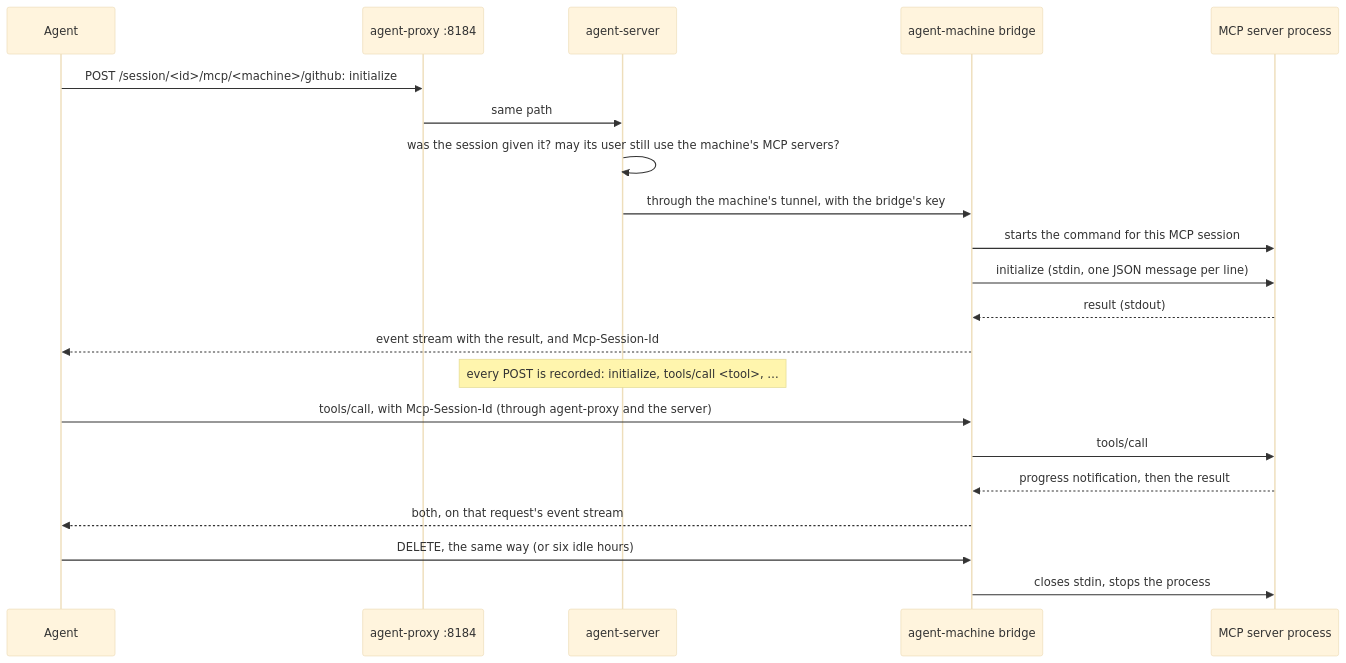
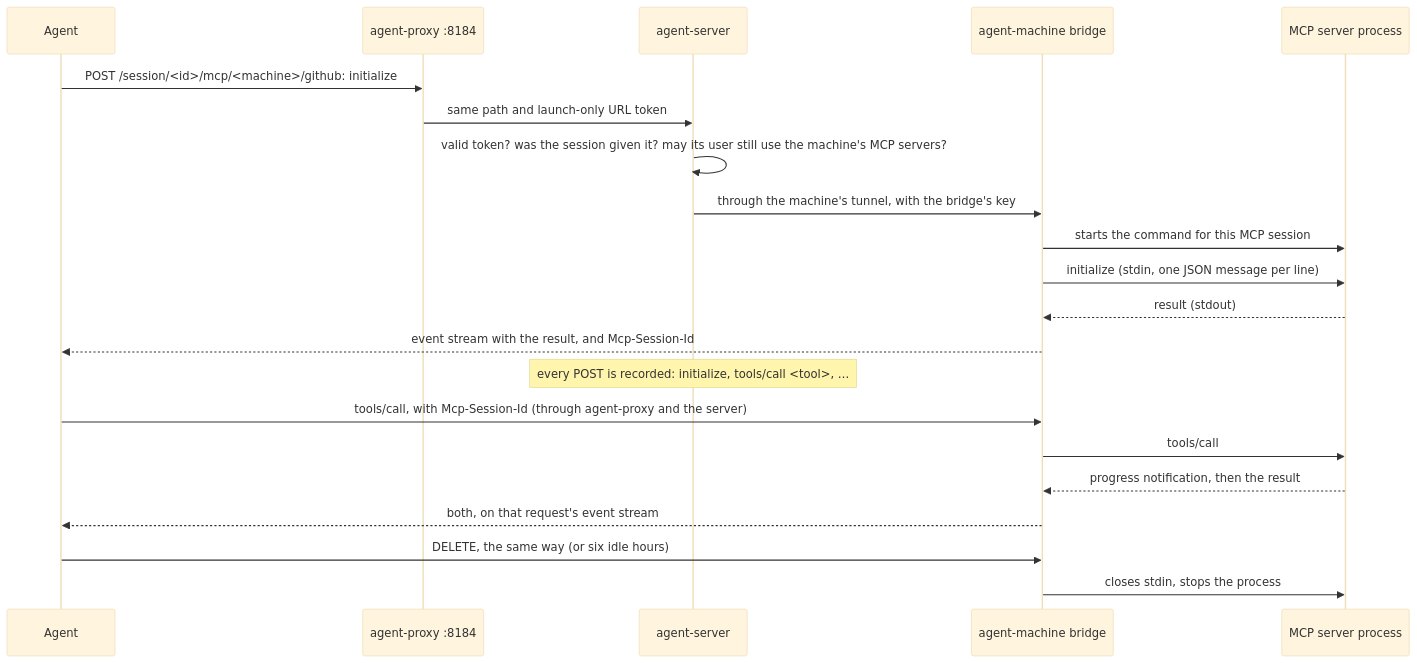
One commit to joeyenfield/ai-coding-agent-proxy changed the diagram in docs/mcp.md. Above: the diagram before and after it, drawn with Mermaid (base theme). The commit also changed other lines of this file and 27 other files, not shown here.

````diff
--- a/docs/mcp.md
+++ b/docs/mcp.md
@@ -115,23 +115,23 @@
 ```mermaid
 sequenceDiagram
   participant A as Agent
   participant P as agent-proxy :8184
   participant S as agent-server
   participant M as agent-machine bridge
   participant X as MCP server process
   A->>P: POST /session/<id>/mcp/<machine>/github: initialize
-  P->>S: same path
-  S->>S: was the session given it? may its user still use the machine's MCP servers?
+  P->>S: same path and launch-only URL token
+  S->>S: valid token? was the session given it? may its user still use the machine's MCP servers?
   S->>M: through the machine's tunnel, with the bridge's key
   M->>X: starts the command for this MCP session
   M->>X: initialize (stdin, one JSON message per line)
   X-->>M: result (stdout)
   M-->>A: event stream with the result, and Mcp-Session-Id
   Note over S: every POST is recorded: initialize, tools/call <tool>, …
   A->>M: tools/call, with Mcp-Session-Id (through agent-proxy and the server)
   M->>X: tools/call
   X-->>M: progress notification, then the result
   M-->>A: both, on that request's event stream
   A->>M: DELETE, the same way (or six idle hours)
   M->>X: closes stdin, stops the process
 ```
````
